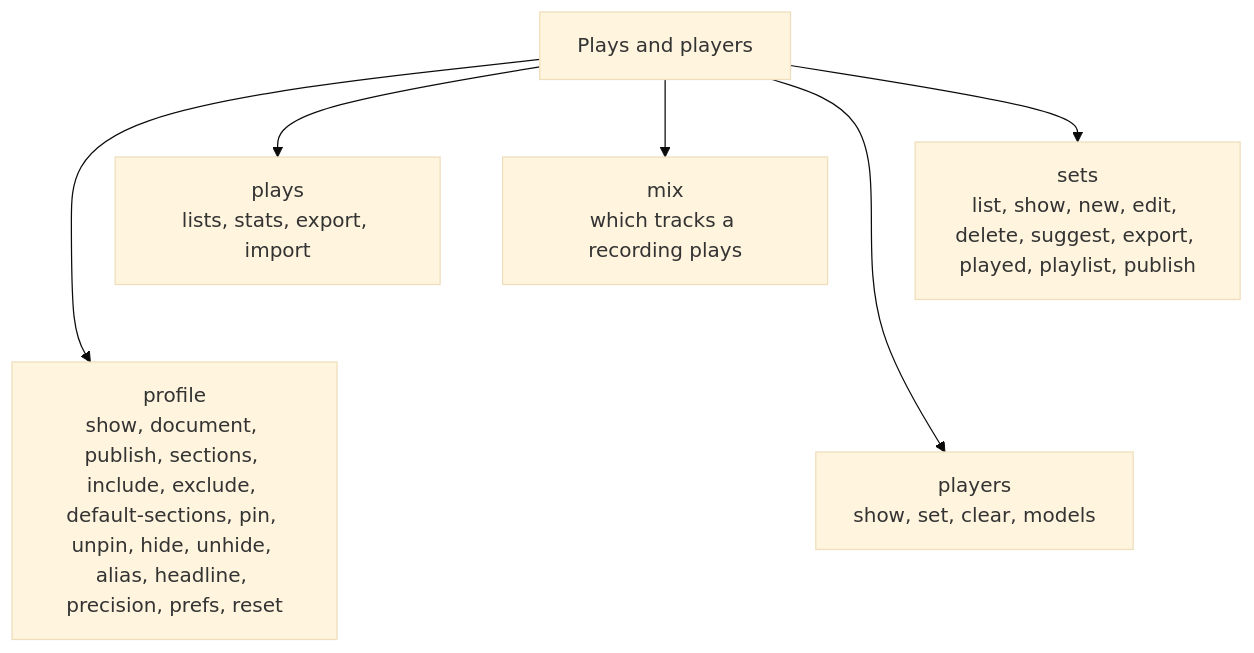
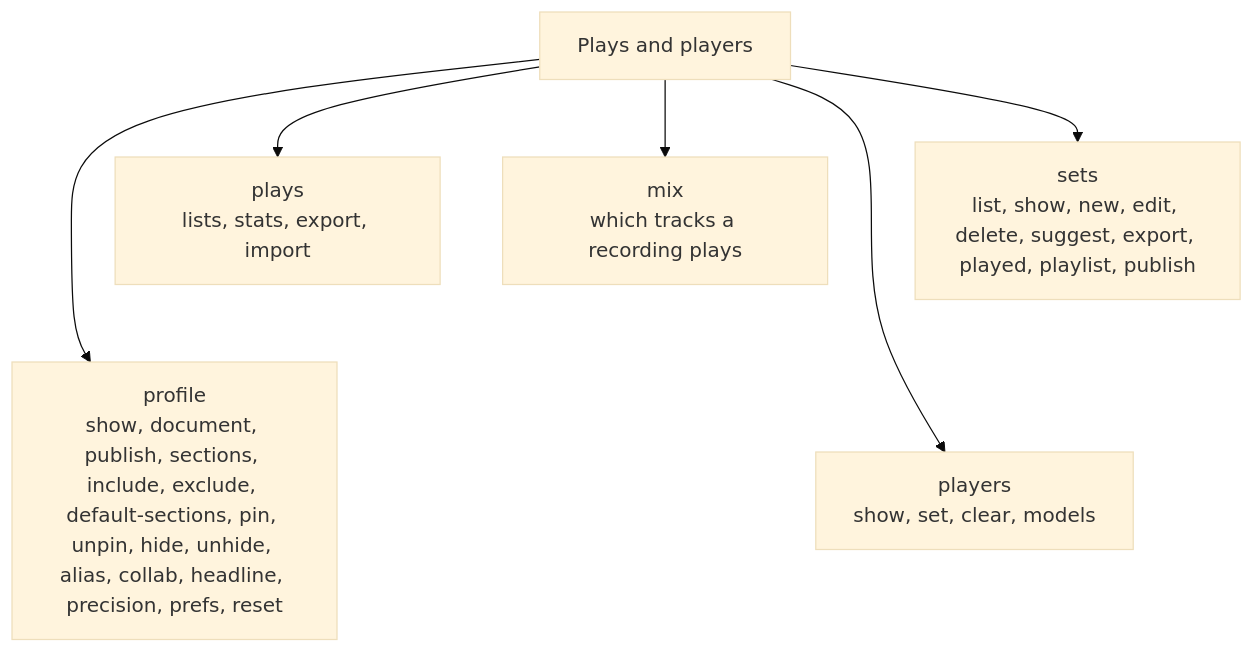
Before and after one commit to cutenode/localnetwork: the tenth of 11 diagrams in apps/locallibrary/README.md, drawn with Mermaid (base theme). The commit also changed 31 other files, not shown here.

````diff
--- a/apps/locallibrary/README.md
+++ b/apps/locallibrary/README.md
@@ -507,11 +507,11 @@
 ```mermaid
 flowchart TD
     hub["Plays and players"]
     hub --> plays["plays<br/>lists, stats, export, import"]
     hub --> sets["sets<br/>list, show, new, edit, delete, suggest, export, played, playlist, publish"]
     hub --> mix["mix<br/>which tracks a recording plays"]
-    hub --> profile["profile<br/>show, document, publish, sections, include, exclude, default-sections, pin, unpin, hide, unhide, alias, headline, precision, prefs, reset"]
+    hub --> profile["profile<br/>show, document, publish, sections, include, exclude, default-sections, pin, unpin, hide, unhide, alias, collab, headline, precision, prefs, reset"]
     hub --> players["players<br/>show, set, clear, models"]
     plays ~~~ profile
     sets ~~~ players
 ```
````
